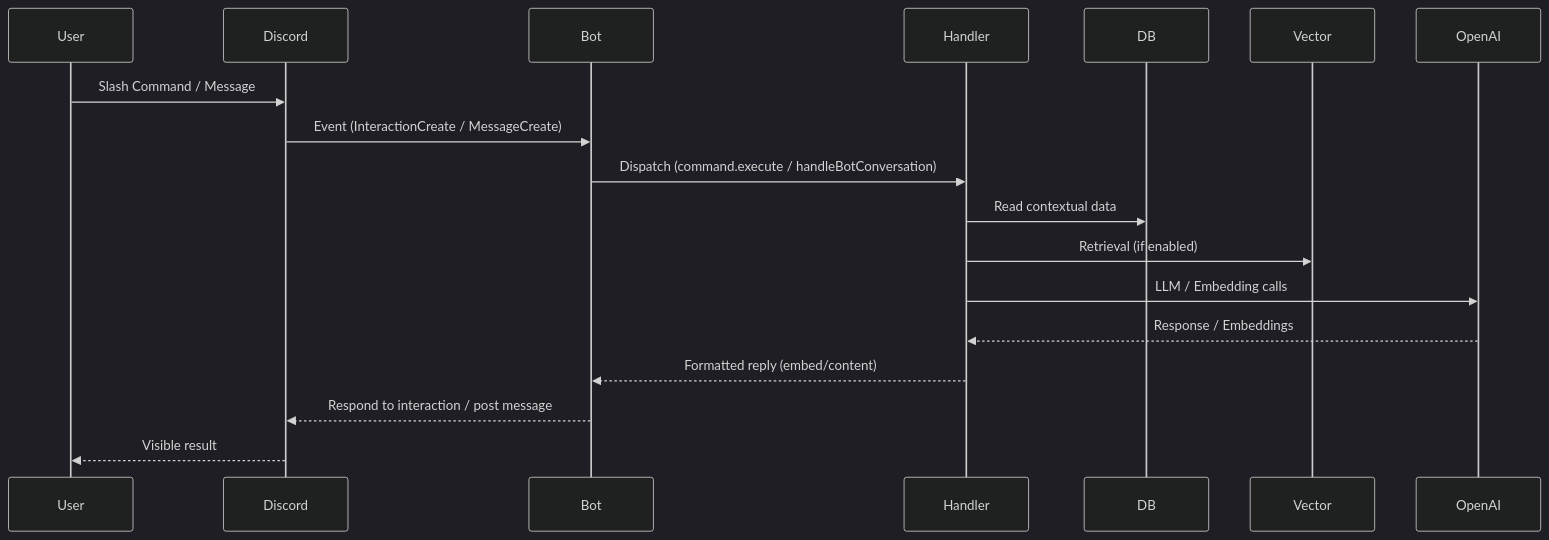
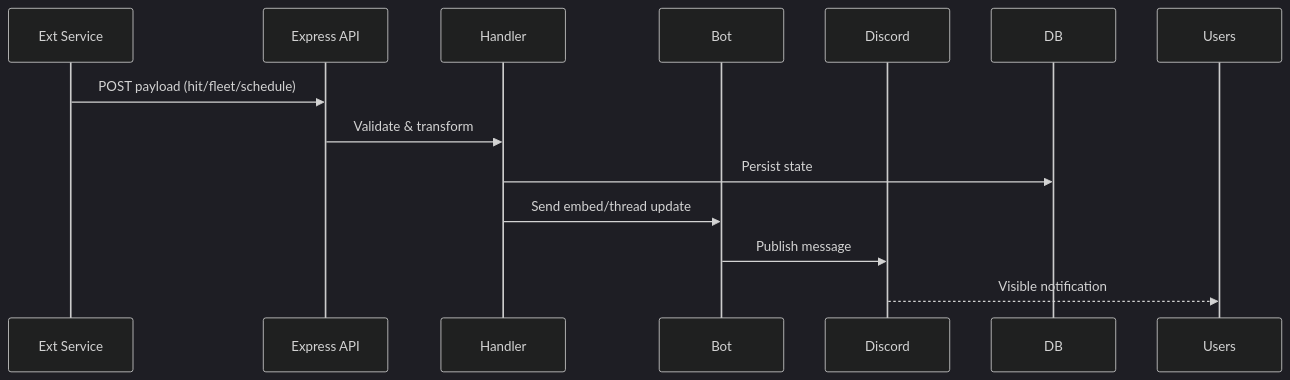
One commit to DocFoxHound/Beowulf changed the second of 2 diagrams in docs/ARCHITECTURE.md. Above: the diagram before and after it, drawn with Mermaid (dark theme). The commit also changed other lines of this file and 82 other files, not shown here.

````diff
--- a/docs/ARCHITECTURE.md
+++ b/docs/ARCHITECTURE.md
@@ -113,17 +101,14 @@
 ```mermaid
 sequenceDiagram
-  participant User
+  participant Service as Ext Service
+  participant API as Express API
+  participant Handler
+  participant Bot
   participant Discord
-  participant Bot
-  participant Handler
-  User->>Discord: Slash Command / Message
-  Discord->>Bot: Event (InteractionCreate / MessageCreate)
-  Bot->>Handler: Dispatch (command.execute / handleBotConversation)
-  Handler->>DB: Read contextual data
-  Handler->>Vector: Retrieval (if enabled)
-  Handler->>OpenAI: LLM / Embedding calls
-  OpenAI-->>Handler: Response / Embeddings
-  Handler-->>Bot: Formatted reply (embed/content)
-  Bot-->>Discord: Respond to interaction / post message
-  Discord-->>User: Visible result
+  Service->>API: POST payload (hit/fleet/schedule)
+  API->>Handler: Validate & transform
+  Handler->>DB: Persist state
+  Handler->>Bot: Send embed/thread update
+  Bot->>Discord: Publish message
+  Discord-->>Users: Visible notification
 ```
````
